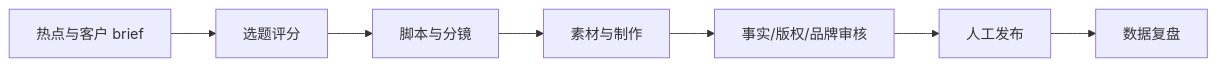
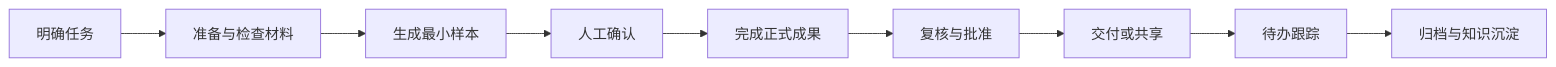
The diagram in docs/bluebook/第四篇 岗位与行业落地/第 27 章 行业路线图：从通用能力到行业工作流/index.md (wym671222-cyber/anjian-workbuddy-bluebook), drawn with Mermaid before and after one commit. The commit also changed other lines of this file and 42 other files, not shown here.

````diff
--- a/docs/bluebook/第四篇 岗位与行业落地/第 27 章 行业路线图：从通用能力到行业工作流/index.md
+++ b/docs/bluebook/第四篇 岗位与行业落地/第 27 章 行业路线图：从通用能力到行业工作流/index.md
@@ -71,9 +7,11 @@
 ```mermaid
 flowchart LR
-    A[热点与客户 brief] --> B[选题评分]
-    B --> C[脚本与分镜]
-    C --> D[素材与制作]
-    D --> E[事实/版权/品牌审核]
-    E --> F[人工发布]
-    F --> G[数据复盘]
+  A[明确任务] --> B[准备与检查材料]
+  B --> C[生成最小样本]
+  C --> D[人工确认]
+  D --> E[完成正式成果]
+  E --> F[复核与批准]
+  F --> G[交付或共享]
+  G --> H[待办跟踪]
+  H --> I[归档与知识沉淀]
 ```
````
